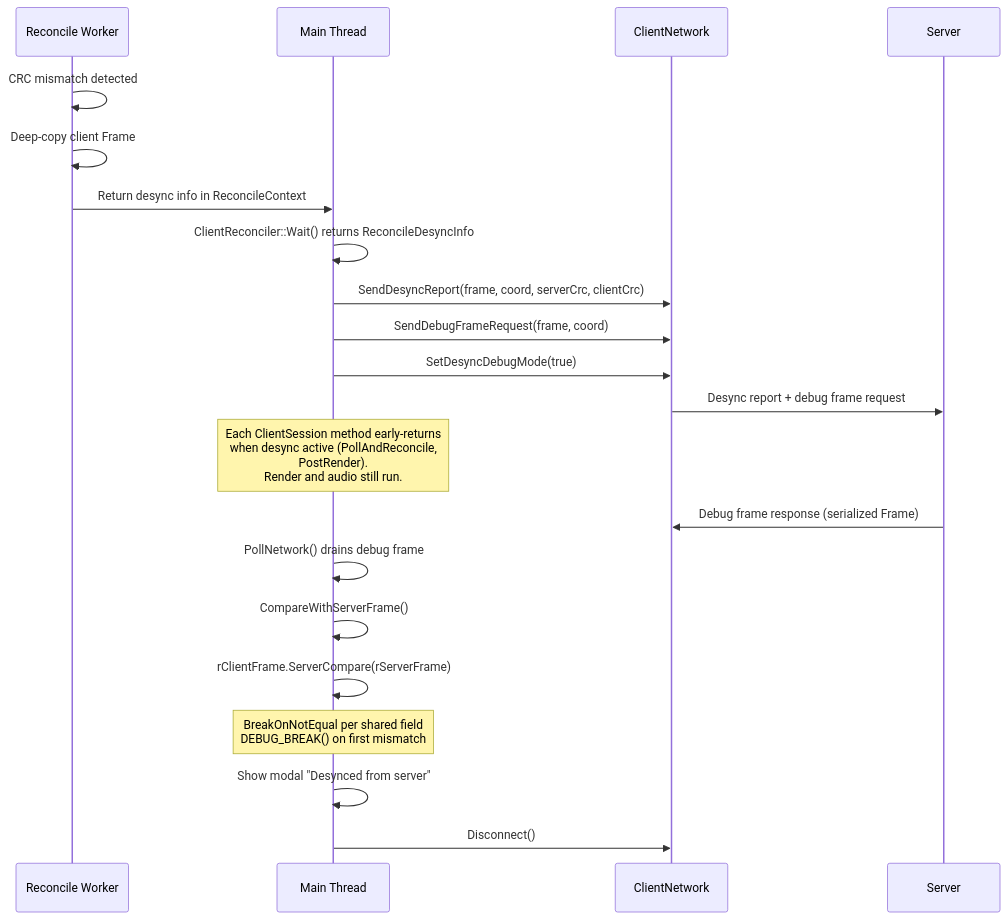
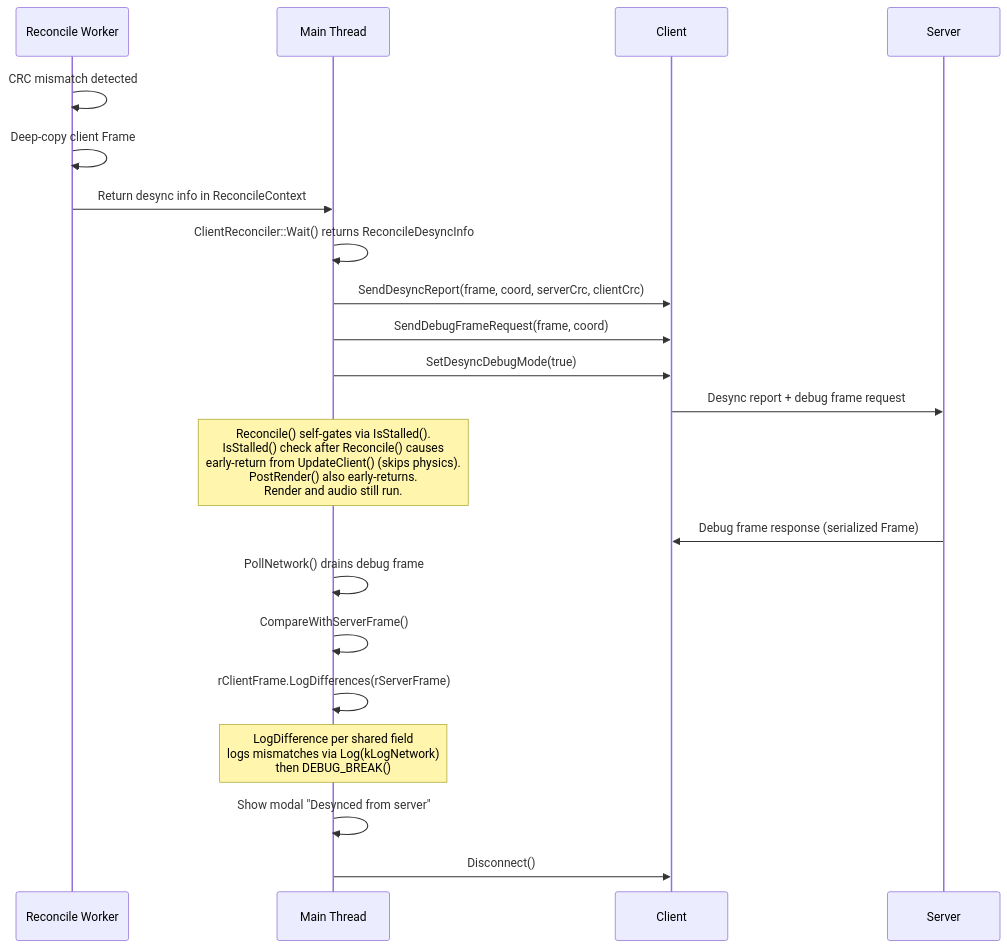
The fifth of 6 diagrams in Documents/Architecture/GameReconciliation.md (DougTanner/BrokenEnginePublic), drawn with Mermaid before and after one commit. The commit also changed other lines of this file and 118 other files, not shown here.

````diff
--- a/Documents/Architecture/GameReconciliation.md
+++ b/Documents/Architecture/GameReconciliation.md
@@ -133,29 +180,29 @@
 ```mermaid
 %%{init: {'theme': 'default'}}%%
 sequenceDiagram
     participant Worker as Reconcile Worker
     participant Main as Main Thread
-    participant Net as ClientNetwork
+    participant Net as Client
     participant Server
 
     Worker->>Worker: CRC mismatch detected
     Worker->>Worker: Deep-copy client Frame
     Worker->>Main: Return desync info in ReconcileContext
 
     Main->>Main: ClientReconciler::Wait() returns ReconcileDesyncInfo
     Main->>Net: SendDesyncReport(frame, coord, serverCrc, clientCrc)
     Main->>Net: SendDebugFrameRequest(frame, coord)
     Main->>Net: SetDesyncDebugMode(true)
     Net->>Server: Desync report + debug frame request
 
-    Note over Main: Each ClientSession method early-returns<br/>when desync active (PollAndReconcile,<br/>PostRender).<br/>Render and audio still run.
+    Note over Main: Reconcile() self-gates via IsStalled().<br/>IsStalled() check after Reconcile() causes<br/>early-return from UpdateClient() (skips physics).<br/>PostRender() also early-returns.<br/>Render and audio still run.
 
     Server->>Net: Debug frame response (serialized Frame)
     Main->>Main: PollNetwork() drains debug frame
     Main->>Main: CompareWithServerFrame()
-    Main->>Main: rClientFrame.ServerCompare(rServerFrame)
-    Note over Main: BreakOnNotEqual per shared field<br/>DEBUG_BREAK() on first mismatch
+    Main->>Main: rClientFrame.LogDifferences(rServerFrame)
+    Note over Main: LogDifference per shared field<br/>logs mismatches via Log(kLogNetwork)<br/>then DEBUG_BREAK()
 
     Main->>Main: Show modal "Desynced from server"
     Main->>Net: Disconnect()
 ```
````
